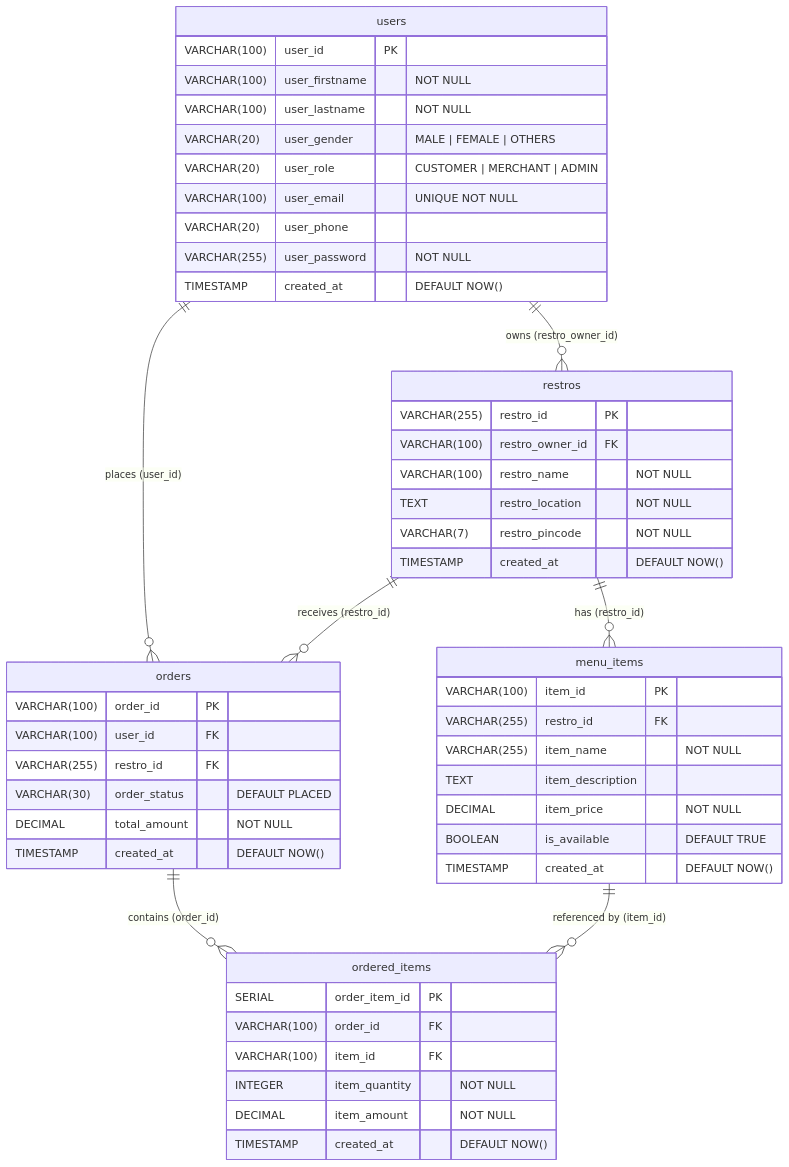
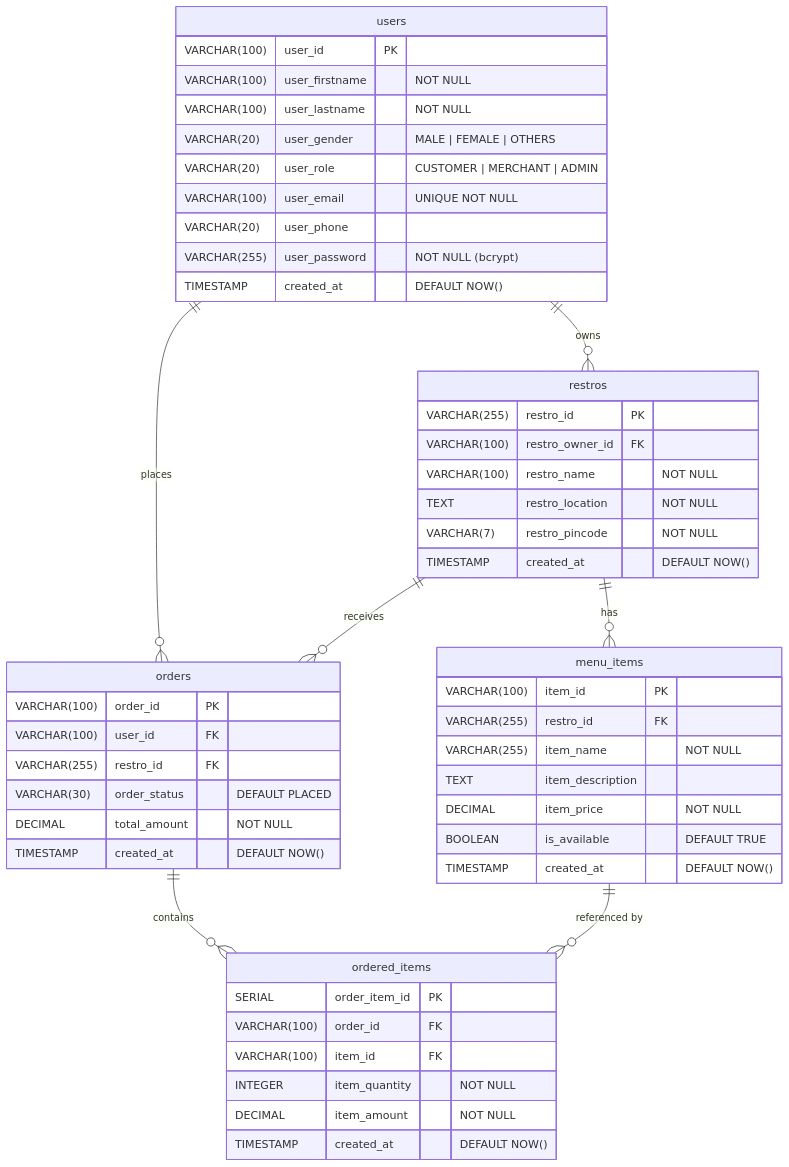
Before and after one commit to makhau-coder/Obsidian: the diagram in README.md, drawn with Mermaid. The commit also changed other lines of this file and 96 other files, not shown here.

````diff
--- a/README.md
+++ b/README.md
@@ -11,58 +81,58 @@
 ```mermaid
 erDiagram
     users {
         VARCHAR(100)  user_id          PK
         VARCHAR(100)  user_firstname   "NOT NULL"
         VARCHAR(100)  user_lastname    "NOT NULL"
         VARCHAR(20)   user_gender      "MALE | FEMALE | OTHERS"
         VARCHAR(20)   user_role        "CUSTOMER | MERCHANT | ADMIN"
         VARCHAR(100)  user_email       "UNIQUE NOT NULL"
         VARCHAR(20)   user_phone
-        VARCHAR(255)  user_password    "NOT NULL"
+        VARCHAR(255)  user_password    "NOT NULL (bcrypt)"
         TIMESTAMP     created_at       "DEFAULT NOW()"
     }
 
     restros {
         VARCHAR(255)  restro_id        PK
         VARCHAR(100)  restro_owner_id  FK
         VARCHAR(100)  restro_name      "NOT NULL"
         TEXT          restro_location  "NOT NULL"
         VARCHAR(7)    restro_pincode   "NOT NULL"
         TIMESTAMP     created_at       "DEFAULT NOW()"
     }
 
     menu_items {
         VARCHAR(100)  item_id          PK
         VARCHAR(255)  restro_id        FK
         VARCHAR(255)  item_name        "NOT NULL"
         TEXT          item_description
         DECIMAL       item_price       "NOT NULL"
         BOOLEAN       is_available     "DEFAULT TRUE"
         TIMESTAMP     created_at       "DEFAULT NOW()"
     }
 
     orders {
         VARCHAR(100)  order_id         PK
         VARCHAR(100)  user_id          FK
         VARCHAR(255)  restro_id        FK
         VARCHAR(30)   order_status     "DEFAULT PLACED"
         DECIMAL       total_amount     "NOT NULL"
         TIMESTAMP     created_at       "DEFAULT NOW()"
     }
 
     ordered_items {
         SERIAL        order_item_id    PK
         VARCHAR(100)  order_id         FK
         VARCHAR(100)  item_id          FK
         INTEGER       item_quantity    "NOT NULL"
         DECIMAL       item_amount      "NOT NULL"
         TIMESTAMP     created_at       "DEFAULT NOW()"
     }
 
-    users         ||--o{ restros        : "owns (restro_owner_id)"
-    users         ||--o{ orders         : "places (user_id)"
-    restros       ||--o{ menu_items     : "has (restro_id)"
-    restros       ||--o{ orders         : "receives (restro_id)"
-    orders        ||--o{ ordered_items  : "contains (order_id)"
-    menu_items    ||--o{ ordered_items  : "referenced by (item_id)"
+    users         ||--o{ restros        : "owns"
+    users         ||--o{ orders         : "places"
+    restros       ||--o{ menu_items     : "has"
+    restros       ||--o{ orders         : "receives"
+    orders        ||--o{ ordered_items  : "contains"
+    menu_items    ||--o{ ordered_items  : "referenced by"
 ```
````
